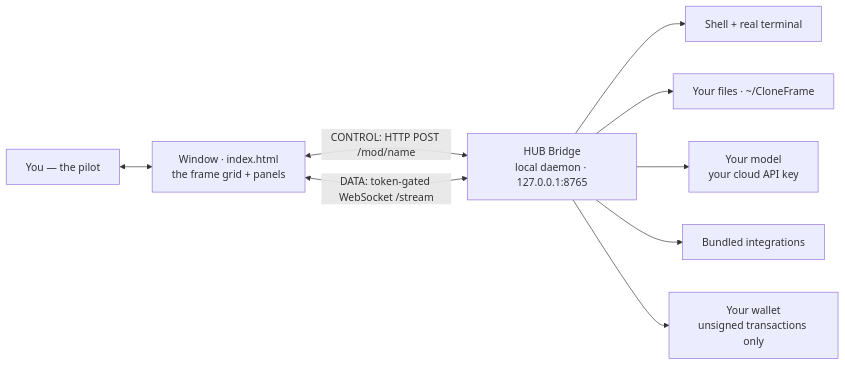
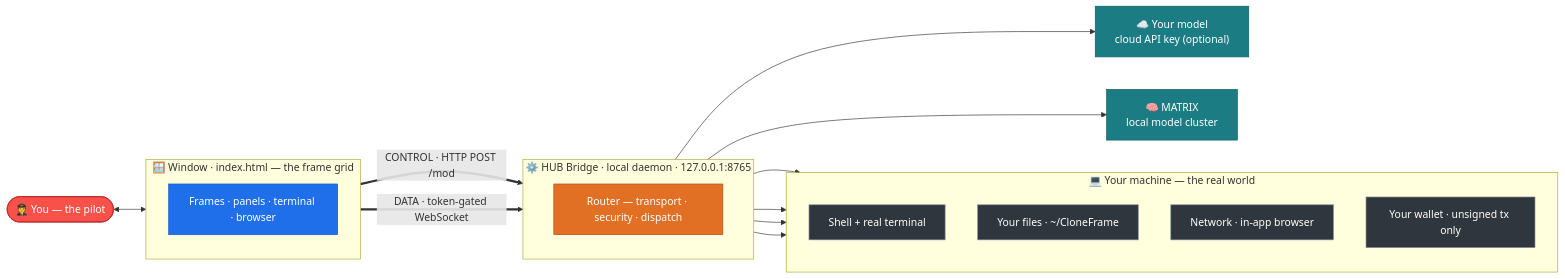
One commit to devclone20/cloneframe_app_executable changed the first of 11 diagrams in README.md. Above: the diagram before and after it, drawn with Mermaid. The commit also changed other lines of this file, not shown here.

First line of the commit message:
docs(readme): richer, colorful architecture — 11 diagrams, updated to current app

````diff
--- a/README.md
+++ b/README.md
@@ -54,11 +62,43 @@
 ```mermaid
 flowchart LR
-    You["You — the pilot"] <--> UI["Window · index.html<br/>the frame grid + panels"]
-    UI <-->|"CONTROL: HTTP POST /mod/name"| Bridge["HUB Bridge<br/>local daemon · 127.0.0.1:8765"]
-    UI <-->|"DATA: token-gated WebSocket /stream"| Bridge
-    Bridge --> Shell["Shell + real terminal"]
-    Bridge --> Files["Your files · ~/CloneFrame"]
-    Bridge --> LLM["Your model<br/>your cloud API key"]
-    Bridge --> Tools["Bundled integrations"]
-    Bridge --> Wallet["Your wallet<br/>unsigned transactions only"]
+    You(["🧑‍✈️ You — the pilot"])
+
+    subgraph WIN["🪟 Window · index.html — the frame grid"]
+      direction TB
+      UI["Frames · panels · terminal · browser"]
+    end
+
+    subgraph BR["⚙️ HUB Bridge · local daemon · 127.0.0.1:8765"]
+      direction TB
+      RT["Router — transport · security · dispatch"]
+    end
+
+    subgraph MACH["💻 Your machine — the real world"]
+      direction TB
+      SH["Shell + real terminal"]
+      FS["Your files · ~/CloneFrame"]
+      NET["Network · in-app browser"]
+      WAL["Your wallet · unsigned tx only"]
+    end
+
+    CLOUD["☁️ Your model<br/>cloud API key (optional)"]
+    LOCAL["🧠 MATRIX<br/>local model cluster"]
+
+    You <--> UI
+    UI ==>|"CONTROL · HTTP POST /mod"| RT
+    UI ==>|"DATA · token-gated WebSocket"| RT
+    RT --> SH & FS & NET & WAL
+    RT --> CLOUD
+    RT --> LOCAL
+
+    classDef you fill:#f85149,stroke:#b62324,color:#fff
+    classDef win fill:#1f6feb,stroke:#1158c7,color:#fff
+    classDef bridge fill:#e16f24,stroke:#bc4c00,color:#fff
+    classDef mach fill:#30363d,stroke:#8b949e,color:#fff
+    classDef ext fill:#1b7c83,stroke:#0f5c61,color:#fff
+    class You you
+    class UI win
+    class RT bridge
+    class SH,FS,NET,WAL mach
+    class CLOUD,LOCAL ext
 ```
````
